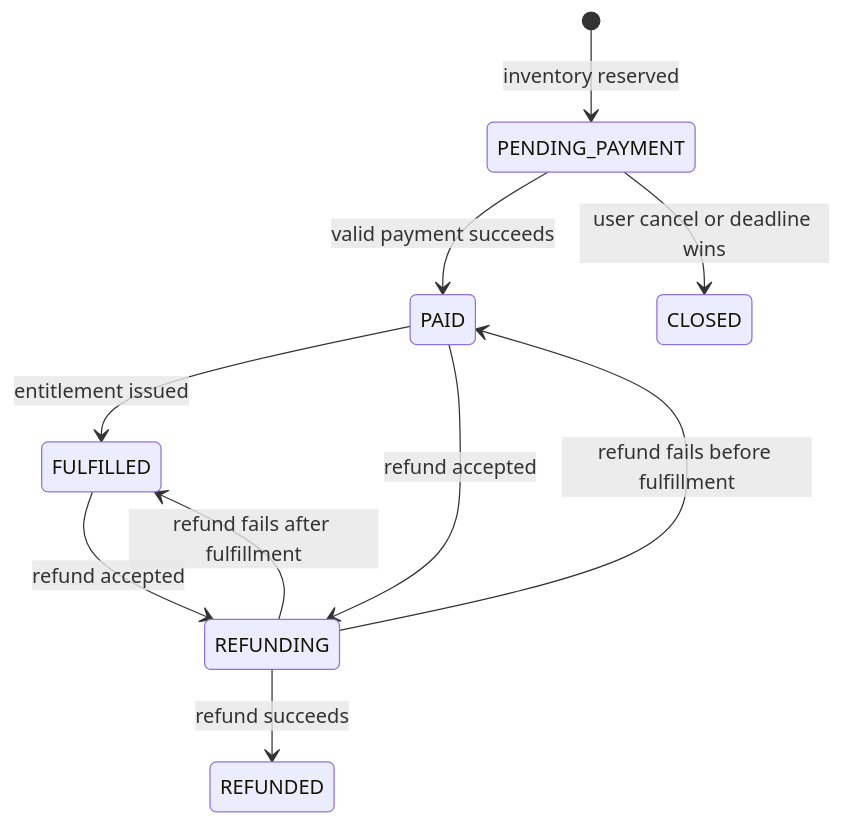
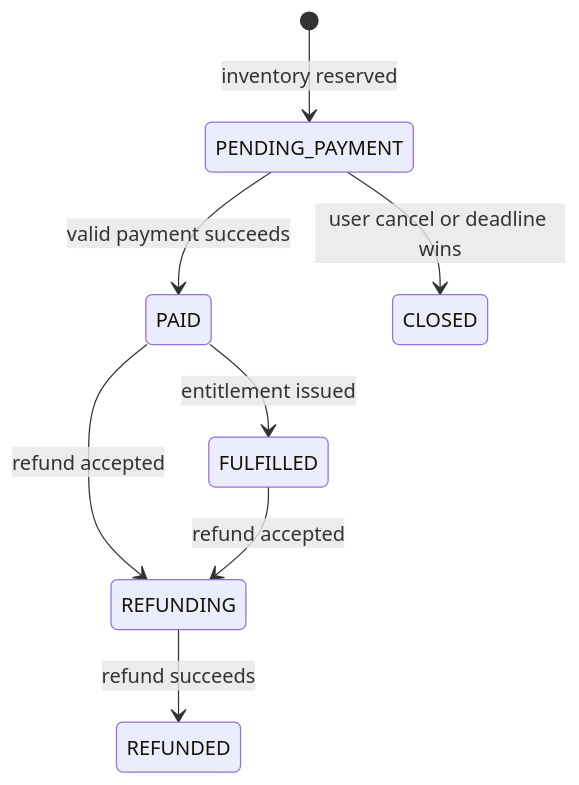
One commit to ctmd1234567/event-ticketing-platform changed the second of 5 diagrams in docs/architecture/STATE-MACHINES.md. Above: the diagram before and after it, drawn with Mermaid. The commit also changed other lines of this file and 14 other files, not shown here.

````diff
--- a/docs/architecture/STATE-MACHINES.md
+++ b/docs/architecture/STATE-MACHINES.md
@@ -32,12 +32,10 @@
 ```mermaid
 stateDiagram-v2
     [*] --> PENDING_PAYMENT: inventory reserved
     PENDING_PAYMENT --> PAID: valid payment succeeds
     PENDING_PAYMENT --> CLOSED: user cancel or deadline wins
     PAID --> FULFILLED: entitlement issued
     PAID --> REFUNDING: refund accepted
     FULFILLED --> REFUNDING: refund accepted
     REFUNDING --> REFUNDED: refund succeeds
-    REFUNDING --> PAID: refund fails before fulfillment
-    REFUNDING --> FULFILLED: refund fails after fulfillment
 ```
````
